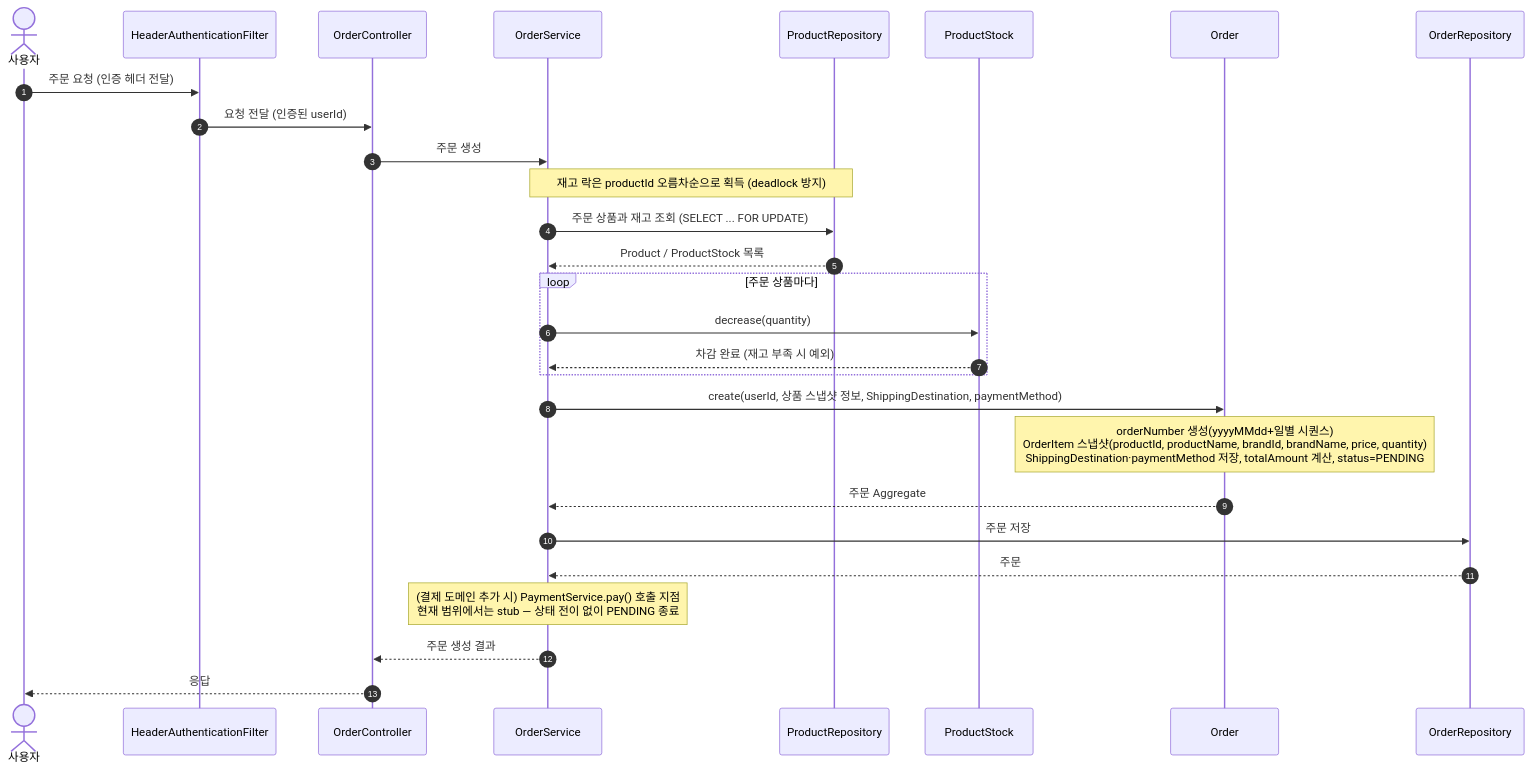
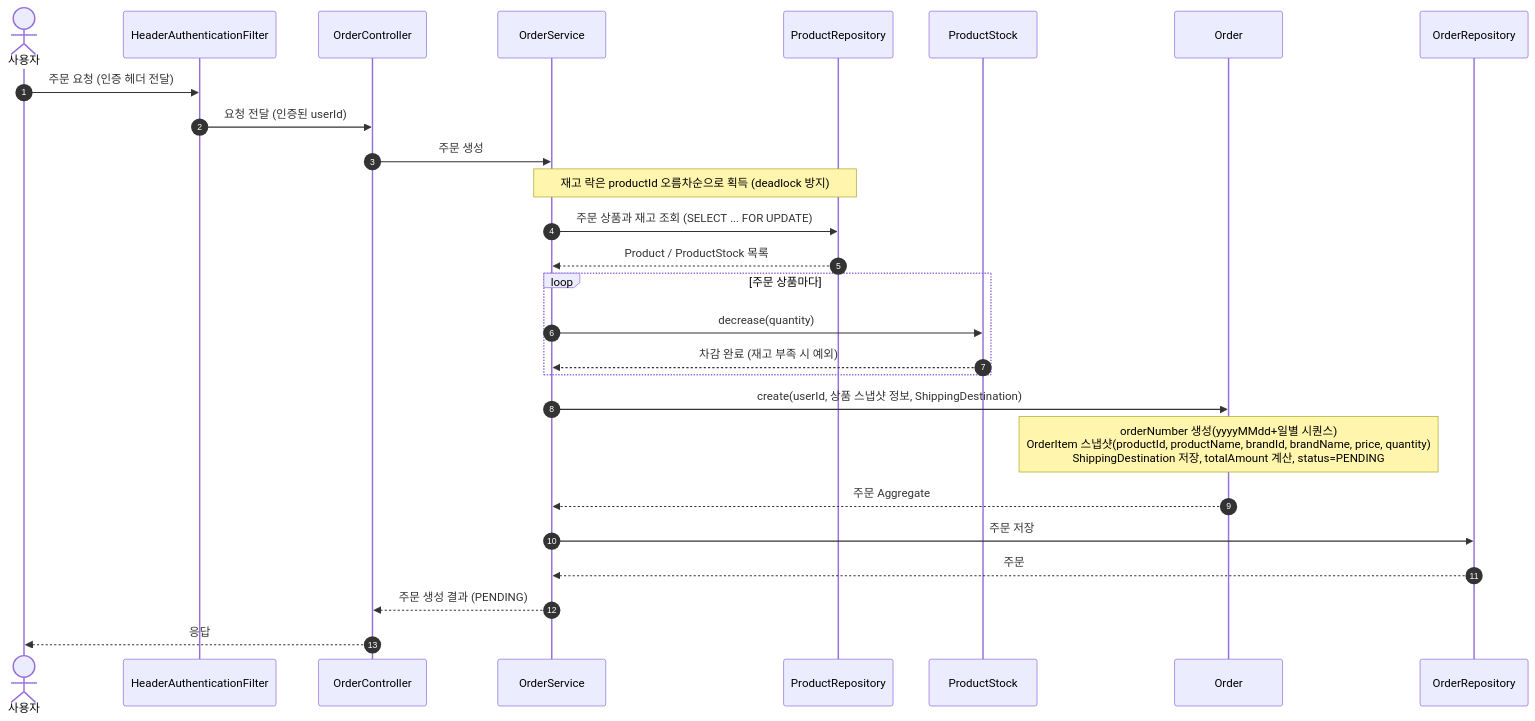
Before and after one commit to loopers-labs/loop-pack-be-l2-vol4-java: diagram 14 of 18 in docs/week2/02-sequence-diagrams.md, drawn with Mermaid. The commit also changed other lines of this file and 3 other files, not shown here.

First line of the commit message:
docs: payment 도메인 설계 추가, order에서 결제 분리

````diff
--- a/docs/week2/02-sequence-diagrams.md
+++ b/docs/week2/02-sequence-diagrams.md
@@ -359,35 +359,34 @@
 ```mermaid
 sequenceDiagram
     autonumber
     actor Client as 사용자
     participant Auth as HeaderAuthenticationFilter
     participant Controller as OrderController
     participant Service as OrderService
     participant ProductRepository as ProductRepository
     participant ProductStock as ProductStock
     participant Order as Order
     participant OrderRepository as OrderRepository
 
     Client->>Auth: 주문 요청 (인증 헤더 전달)
     Auth->>Controller: 요청 전달 (인증된 userId)
     Controller->>Service: 주문 생성
 
     Note over Service,ProductRepository: 재고 락은 productId 오름차순으로 획득 (deadlock 방지)
     Service->>ProductRepository: 주문 상품과 재고 조회 (SELECT ... FOR UPDATE)
     ProductRepository-->>Service: Product / ProductStock 목록
 
     loop 주문 상품마다
         Service->>ProductStock: decrease(quantity)
         ProductStock-->>Service: 차감 완료 (재고 부족 시 예외)
     end
 
-    Service->>Order: create(userId, 상품 스냅샷 정보, ShippingDestination, paymentMethod)
-    Note over Order: orderNumber 생성(yyyyMMdd+일별 시퀀스)<br/>OrderItem 스냅샷(productId, productName, brandId, brandName, price, quantity)<br/>ShippingDestination·paymentMethod 저장, totalAmount 계산, status=PENDING
+    Service->>Order: create(userId, 상품 스냅샷 정보, ShippingDestination)
+    Note over Order: orderNumber 생성(yyyyMMdd+일별 시퀀스)<br/>OrderItem 스냅샷(productId, productName, brandId, brandName, price, quantity)<br/>ShippingDestination 저장, totalAmount 계산, status=PENDING
     Order-->>Service: 주문 Aggregate
 
     Service->>OrderRepository: 주문 저장
     OrderRepository-->>Service: 주문
-    Note over Service: (결제 도메인 추가 시) PaymentService.pay() 호출 지점<br/>현재 범위에서는 stub — 상태 전이 없이 PENDING 종료
-    Service-->>Controller: 주문 생성 결과
+    Service-->>Controller: 주문 생성 결과 (PENDING)
     Controller-->>Client: 응답
 ```
````
